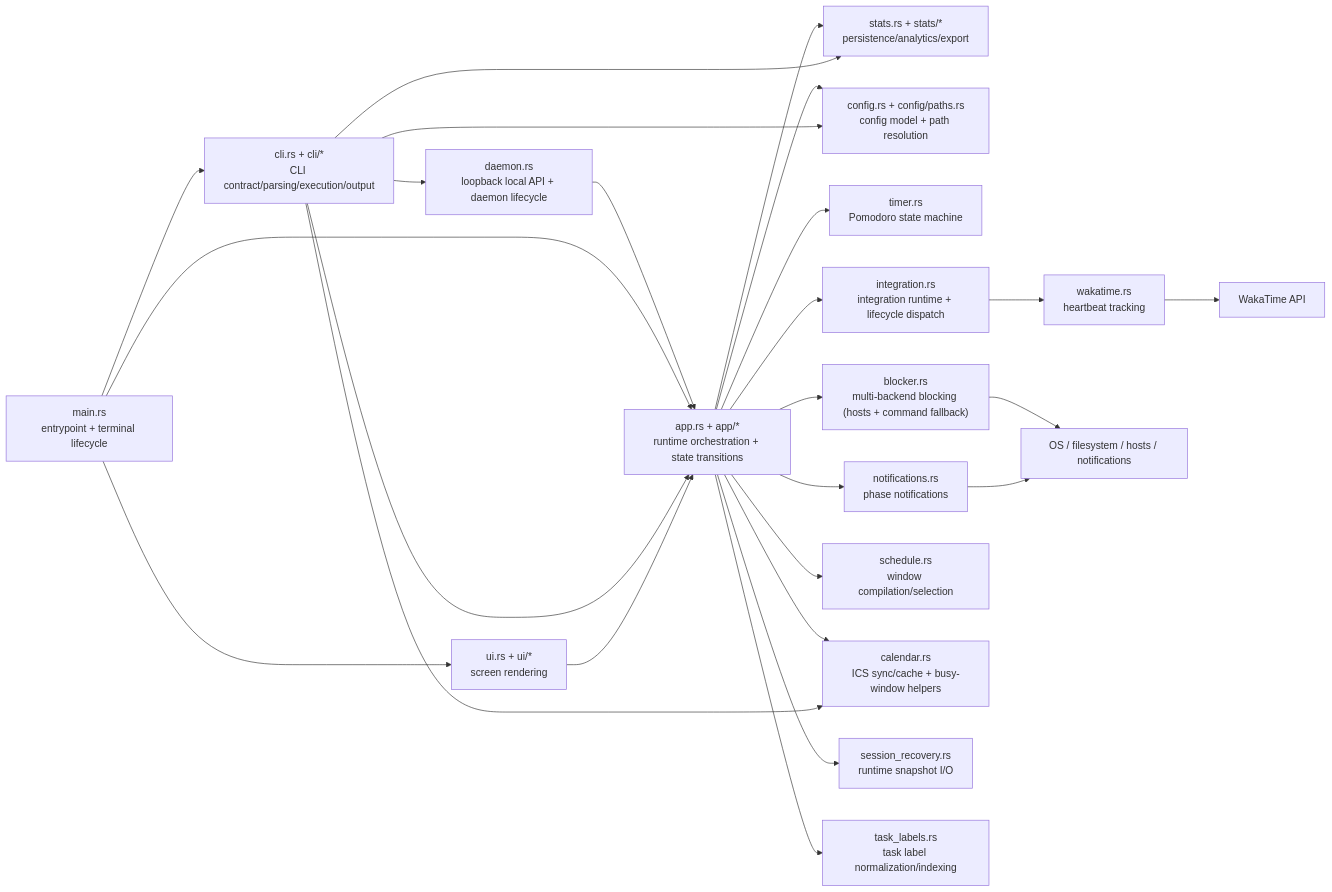
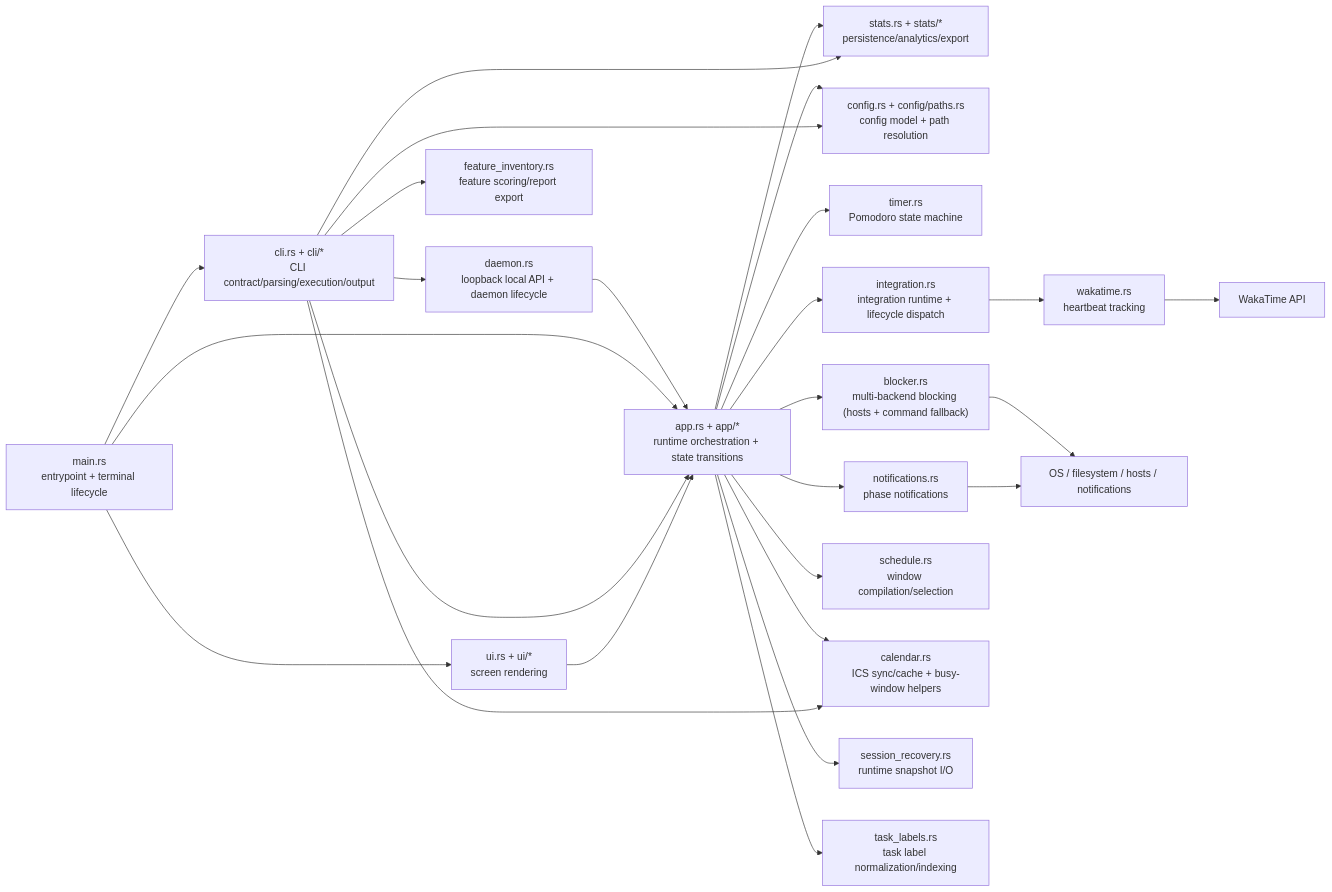
The first of 2 diagrams in ARCHITECTURE.md (utilForever/focustime), drawn with Mermaid before and after one commit. The commit also changed other lines of this file and 1 other file, not shown here.

Commit message:
docs: document feature inventory workflow
Document --feature-inventory usage in CLI examples and architecture/module mapping for the new feature inventory domain.

````diff
--- a/ARCHITECTURE.md
+++ b/ARCHITECTURE.md
@@ -10,46 +10,48 @@
 ```mermaid
 flowchart LR
     M["main.rs<br/>entrypoint + terminal lifecycle"]
     CLI["cli.rs + cli/*<br/>CLI contract/parsing/execution/output"]
     DAE["daemon.rs<br/>loopback local API + daemon lifecycle"]
     APP["app.rs + app/*<br/>runtime orchestration + state transitions"]
     UI["ui.rs + ui/*<br/>screen rendering"]
     ST["stats.rs + stats/*<br/>persistence/analytics/export"]
+    FI["feature_inventory.rs<br/>feature scoring/report export"]
     CFG["config.rs + config/paths.rs<br/>config model + path resolution"]
     TM["timer.rs<br/>Pomodoro state machine"]
     BL["blocker.rs<br/>multi-backend blocking (hosts + command fallback)"]
     IG["integration.rs<br/>integration runtime + lifecycle dispatch"]
     WK["wakatime.rs<br/>heartbeat tracking"]
     NT["notifications.rs<br/>phase notifications"]
     SCH["schedule.rs<br/>window compilation/selection"]
     CAL["calendar.rs<br/>ICS sync/cache + busy-window helpers"]
     REC["session_recovery.rs<br/>runtime snapshot I/O"]
     TL["task_labels.rs<br/>task label normalization/indexing"]
     OS["OS / filesystem / hosts / notifications"]
     API["WakaTime API"]
 
     M --> CLI
     CLI --> DAE
     DAE --> APP
     M --> APP
     M --> UI
     APP --> CFG
     APP --> TM
     APP --> BL
     APP --> IG
     IG --> WK
     APP --> NT
     APP --> SCH
     APP --> CAL
     APP --> ST
     APP --> TL
     APP --> REC
     CLI --> APP
     CLI --> CFG
     CLI --> CAL
     CLI --> ST
+    CLI --> FI
     UI --> APP
     BL --> OS
     NT --> OS
     WK --> API
 ```
````
